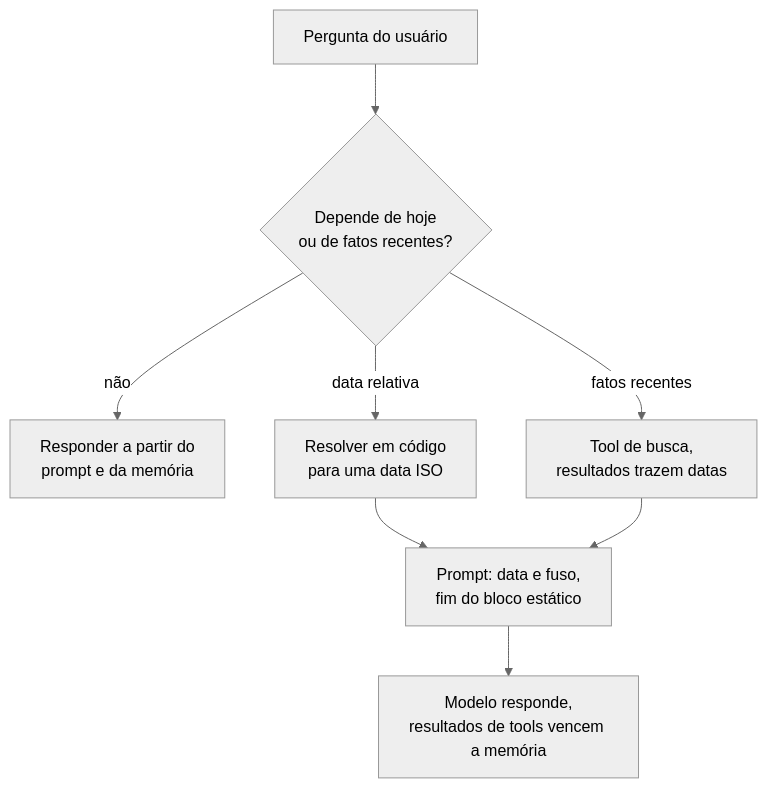
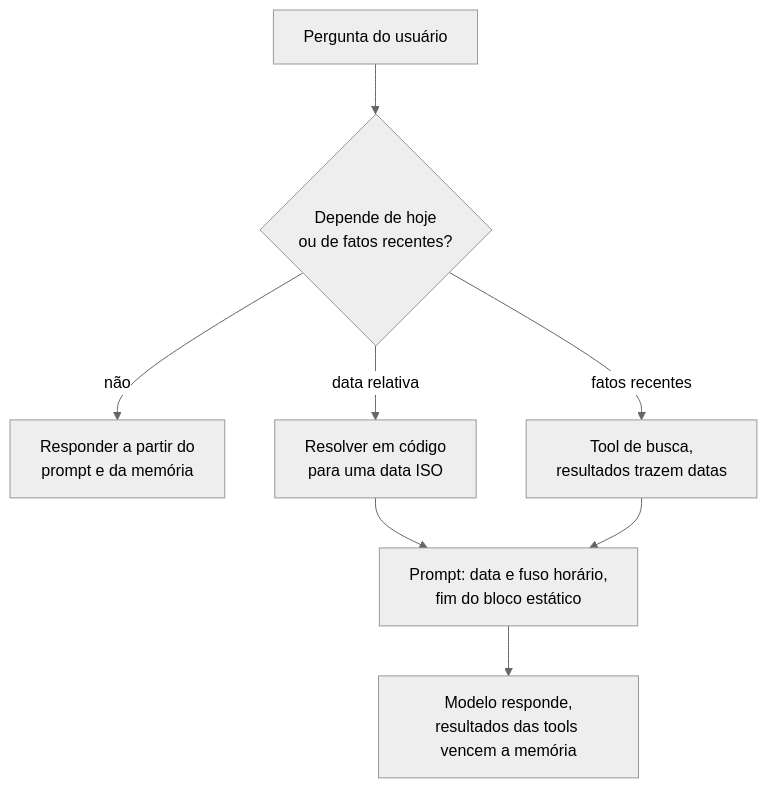
One commit to andrevberaldo/AI-Engineer-Interview-Questions changed diagram 17 of 26 in 03-prompt-engineering-and-context/questions.pt-BR.md. Above: the diagram before and after it, drawn with Mermaid (neutral theme). The commit also changed other lines of this file and 1 other file, not shown here.

````diff
--- a/03-prompt-engineering-and-context/questions.pt-BR.md
+++ b/03-prompt-engineering-and-context/questions.pt-BR.md
@@ -995,10 +995,10 @@
 ```mermaid
 flowchart TD
     A["Pergunta do usuário"] --> B{"Depende de hoje<br/>ou de fatos recentes?"}
     B -->|"não"| C["Responder a partir do<br/>prompt e da memória"]
     B -->|"data relativa"| D["Resolver em código<br/>para uma data ISO"]
     B -->|"fatos recentes"| E["Tool de busca,<br/>resultados trazem datas"]
-    D --> F["Prompt: data e fuso,<br/>fim do bloco estático"]
+    D --> F["Prompt: data e fuso horário,<br/>fim do bloco estático"]
     E --> F
-    F --> G["Modelo responde,<br/>resultados de tools vencem a memória"]
+    F --> G["Modelo responde,<br/>resultados das tools vencem a memória"]
 ```
````
